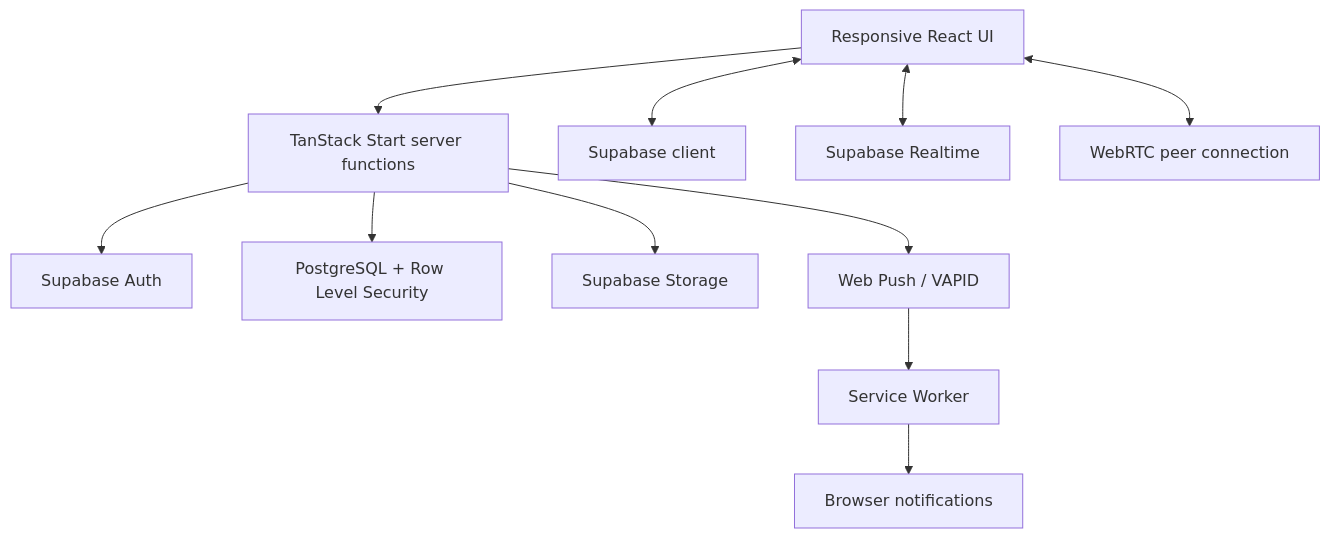
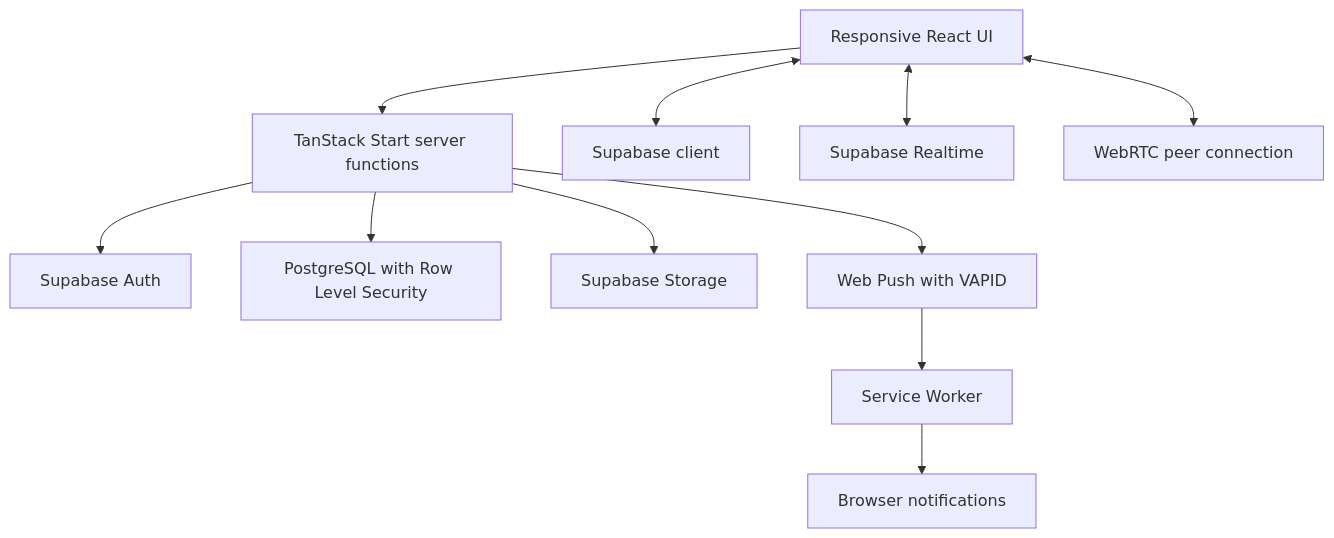
Before and after one commit to hamzabhulla/VibeTalk: the first of 5 diagrams in README.md, drawn with Mermaid. The commit also changed other lines of this file, not shown here.

````diff
--- a/README.md
+++ b/README.md
@@ -87,13 +87,13 @@
 ```mermaid
 flowchart TD
     A[Responsive React UI] --> B[TanStack Start server functions]
     A <--> C[Supabase client]
     B --> D[Supabase Auth]
-    B --> E[PostgreSQL + Row Level Security]
+    B --> E[PostgreSQL with Row Level Security]
     B --> F[Supabase Storage]
     A <--> G[Supabase Realtime]
     A <--> H[WebRTC peer connection]
-    B --> I[Web Push / VAPID]
+    B --> I[Web Push with VAPID]
     J[Service Worker] --> K[Browser notifications]
     I --> J
 ```
````
